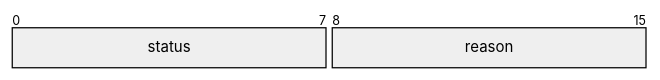
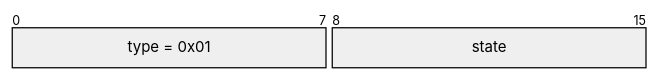
Before and after one commit to GizClaw/gizos: the third of 4 diagrams in guides/zh/developing/ble_wifi_config.md, drawn with Mermaid (neutral theme). The commit also changed other lines of this file and 7 other files, not shown here.

````diff
--- a/guides/zh/developing/ble_wifi_config.md
+++ b/guides/zh/developing/ble_wifi_config.md
@@ -76,5 +78,5 @@
 ```mermaid
 packet-beta
-0-7: "status"
-8-15: "reason"
+0-7: "type = 0x01"
+8-15: "state"
 ```
````
